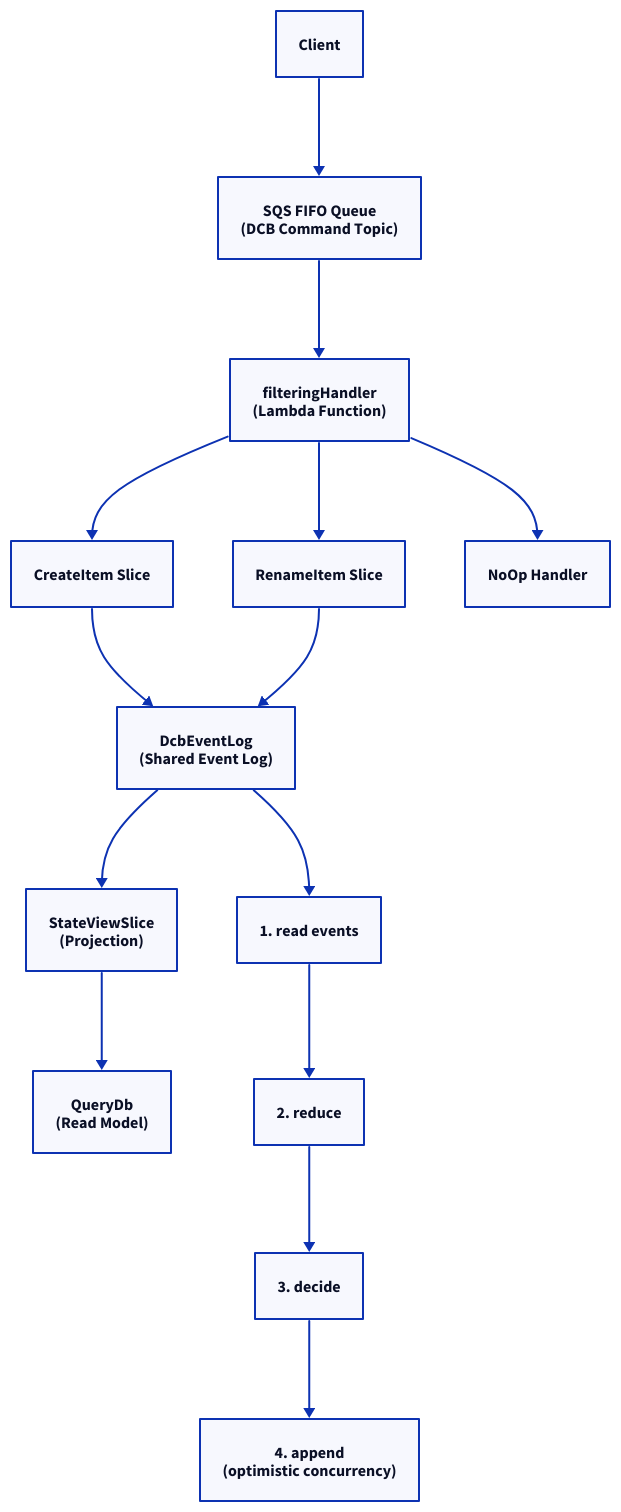
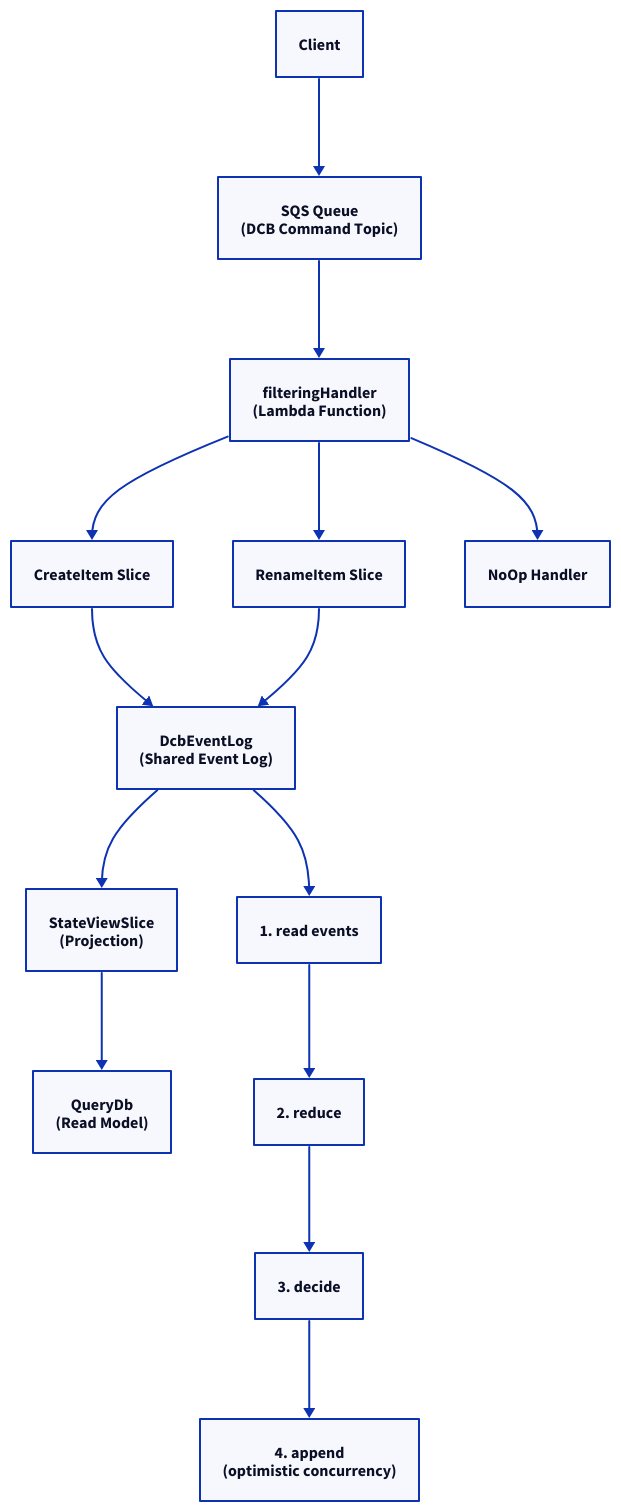
The diagram in packages/doc/docs-app/concepts/dcb.md (ReventlessDev/reventless-core), drawn with D2 before and after one commit. The commit also changed other lines of this file and 48 other files, not shown here.

````diff
--- a/packages/doc/docs-app/concepts/dcb.md
+++ b/packages/doc/docs-app/concepts/dcb.md
@@ -7,29 +7,29 @@
 ```d2
 Client: Client { class: client }
-SQS: "SQS FIFO Queue\n(DCB Command Topic)" { class: command-topic }
+SQS: "SQS Queue\n(DCB Command Topic)" { class: command-topic }
 Handler: "filteringHandler\n(Lambda Function)"
 Slice1: CreateItem Slice { class: state-change-slice }
 Slice2: RenameItem Slice { class: state-change-slice }
 Handler3: NoOp Handler
 EventLog: "DcbEventLog\n(Shared Event Log)" { class: dcb-event-log }
 ViewSlice: "StateViewSlice\n(Projection)" { class: state-view-slice }
 QueryDb: "QueryDb\n(Read Model)" { class: query-db }
 Read: 1. read events
 Reduce: 2. reduce
 Decide: 3. decide
 Append: "4. append\n(optimistic concurrency)"
 
 Client -> SQS: { class: command-flow }
 SQS -> Handler: { class: command-flow }
 Handler -> Slice1: { class: command-flow }
 Handler -> Slice2: { class: command-flow }
 Handler -> Handler3: { class: command-flow }
 Slice1 -> EventLog: { class: event-flow }
 Slice2 -> EventLog: { class: event-flow }
 EventLog -> ViewSlice: { class: projection-flow }
 ViewSlice -> QueryDb: { class: projection-flow }
 EventLog -> Read
 Read -> Reduce
 Reduce -> Decide
 Decide -> Append
 ```
````
